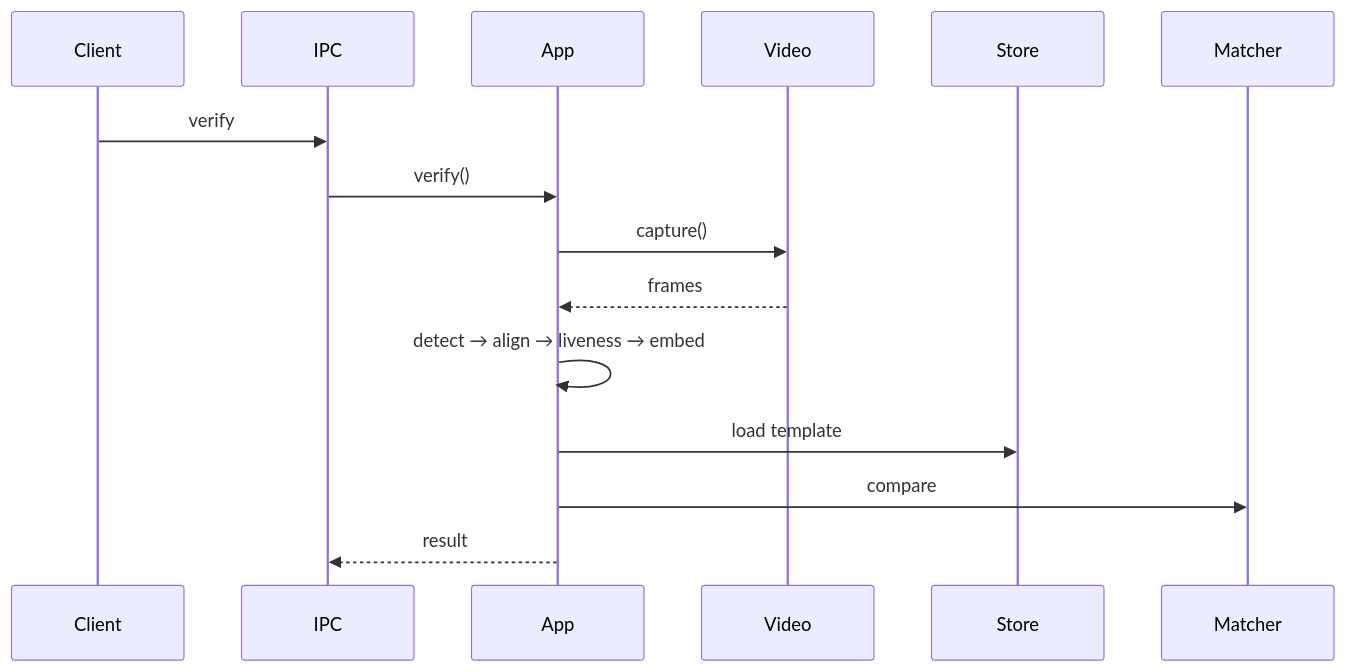
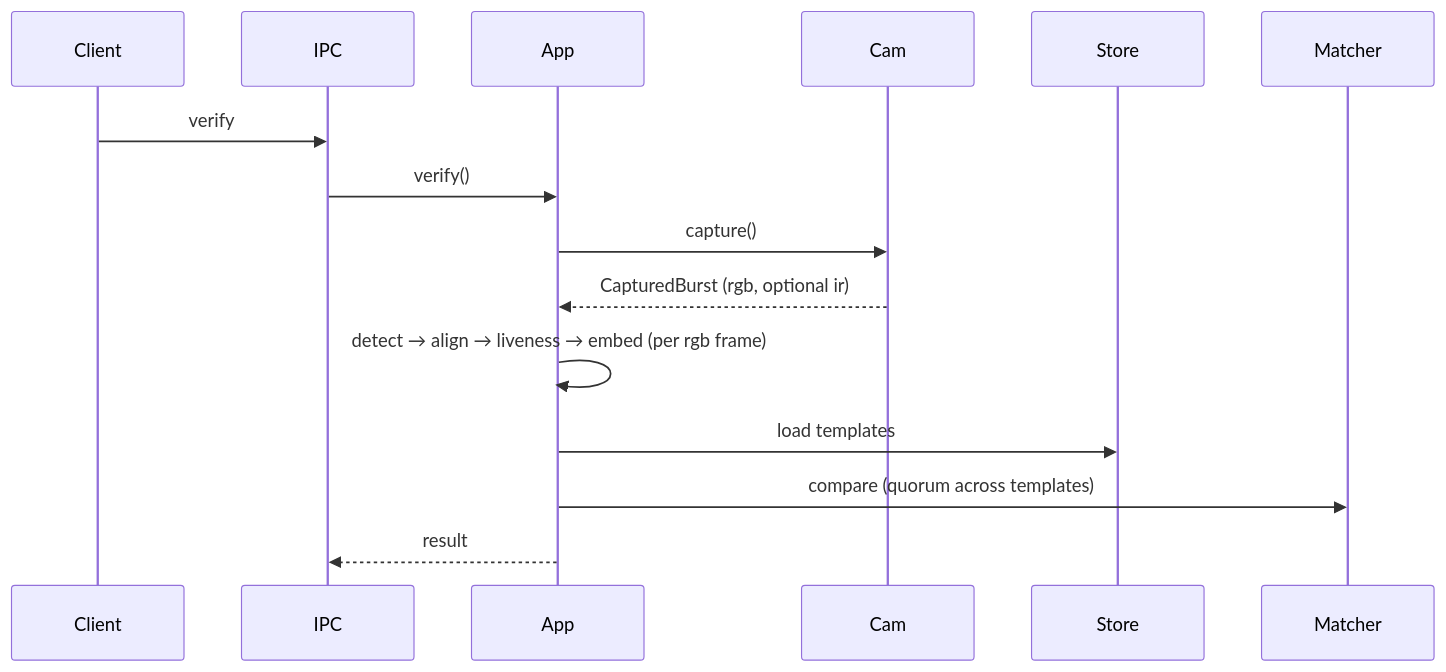
The second of 2 diagrams in docs/architecture.md (adilsaid64/trueid), drawn with Mermaid before and after one commit. The commit also changed other lines of this file, not shown here.

````diff
--- a/docs/architecture.md
+++ b/docs/architecture.md
@@ -96,14 +112,14 @@
 ```mermaid
 sequenceDiagram
     Client->>IPC: verify
     IPC->>App: verify()
 
-    App->>Video: capture()
-    Video-->>App: frames
+    App->>Cam: capture()
+    Cam-->>App: CapturedBurst (rgb, optional ir)
 
-    App->>App: detect → align → liveness → embed
-    App->>Store: load template
-    App->>Matcher: compare
+    App->>App: detect → align → liveness → embed (per rgb frame)
+    App->>Store: load templates
+    App->>Matcher: compare (quorum across templates)
 
     App-->>IPC: result
 ```
````
